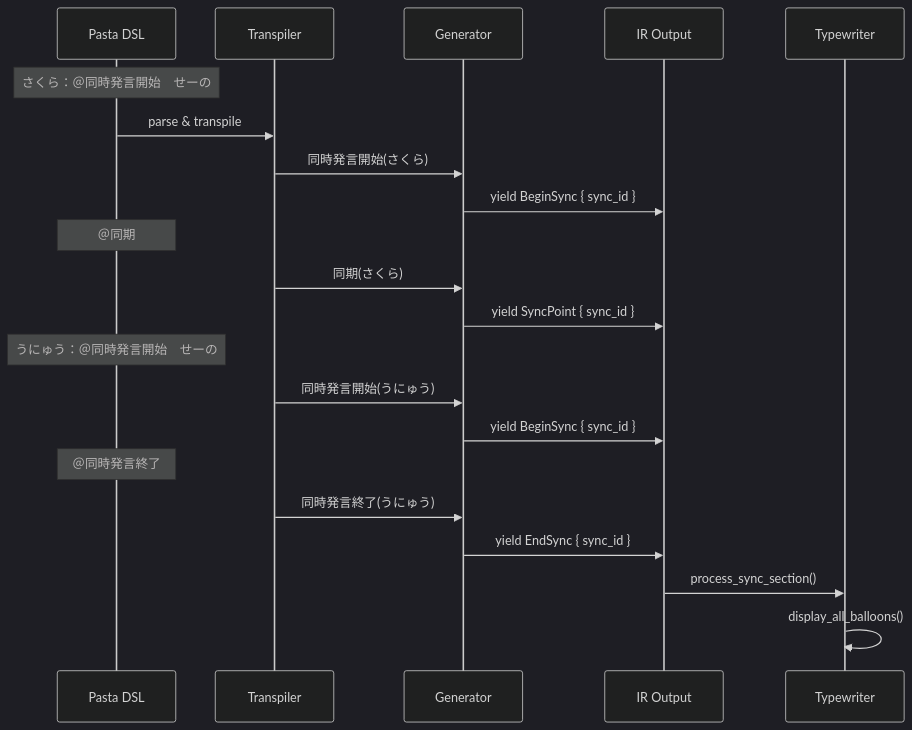
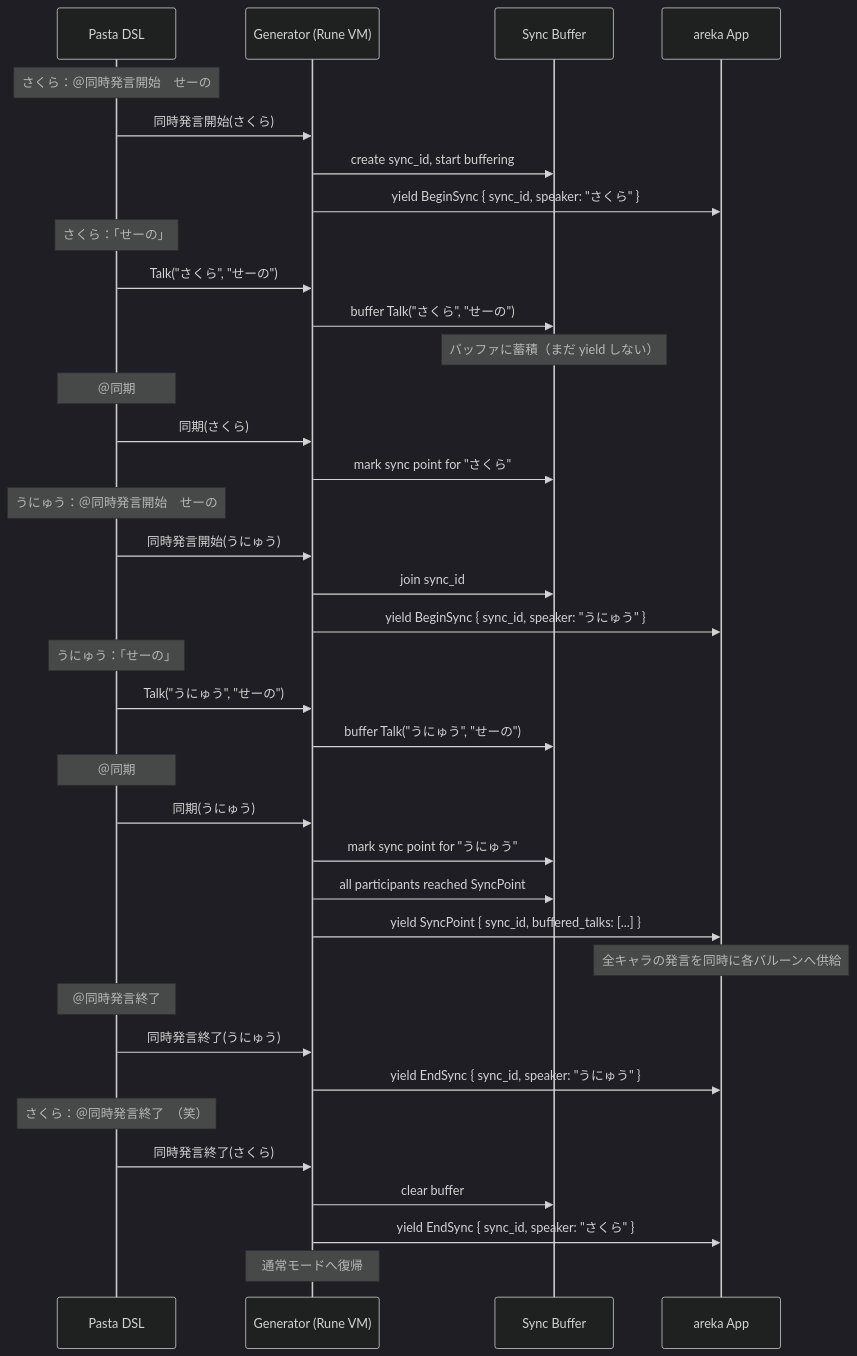
The fourth of 7 diagrams in .kiro/specs/areka-P0-script-engine/design.md (ekicyou/dcomp_sample-rs), drawn with Mermaid (dark theme) before and after one commit. The commit also changed other lines of this file, not shown here.

First line of the commit message:
fix(areka-P0-script-engine): 問題2解決 - 同期セクション実行モデルの明確化

````diff
--- a/.kiro/specs/areka-P0-script-engine/design.md
+++ b/.kiro/specs/areka-P0-script-engine/design.md
@@ -227,28 +229,47 @@
 ```mermaid
 sequenceDiagram
     participant DSL as Pasta DSL
-    participant Trans as Transpiler
-    participant Gen as Generator
-    participant IR as IR Output
-    participant TW as Typewriter
+    participant Gen as Generator (Rune VM)
+    participant Buffer as Sync Buffer
+    participant App as areka App
 
     Note over DSL: さくら：＠同時発言開始　せーの
-    DSL->>Trans: parse & transpile
-    Trans->>Gen: 同時発言開始(さくら)
-    Gen->>IR: yield BeginSync { sync_id }
+    DSL->>Gen: 同時発言開始(さくら)
+    Gen->>Buffer: create sync_id, start buffering
+    Gen->>App: yield BeginSync { sync_id, speaker: "さくら" }
+    
+    Note over DSL: さくら：「せーの」
+    DSL->>Gen: Talk("さくら", "せーの")
+    Gen->>Buffer: buffer Talk("さくら", "せーの")
+    Note over Buffer: バッファに蓄積（まだ yield しない）
     
     Note over DSL: 　＠同期
-    Trans->>Gen: 同期(さくら)
-    Gen->>IR: yield SyncPoint { sync_id }
+    DSL->>Gen: 同期(さくら)
+    Gen->>Buffer: mark sync point for "さくら"
     
     Note over DSL: うにゅう：＠同時発言開始　せーの
-    Trans->>Gen: 同時発言開始(うにゅう)
-    Gen->>IR: yield BeginSync { sync_id }
+    DSL->>Gen: 同時発言開始(うにゅう)
+    Gen->>Buffer: join sync_id
+    Gen->>App: yield BeginSync { sync_id, speaker: "うにゅう" }
+    
+    Note over DSL: うにゅう：「せーの」
+    DSL->>Gen: Talk("うにゅう", "せーの")
+    Gen->>Buffer: buffer Talk("うにゅう", "せーの")
+    
+    Note over DSL: 　＠同期
+    DSL->>Gen: 同期(うにゅう)
+    Gen->>Buffer: mark sync point for "うにゅう"
+    Gen->>Buffer: all participants reached SyncPoint
+    Gen->>App: yield SyncPoint { sync_id, buffered_talks: [...] }
+    Note over App: 全キャラの発言を同時に各バルーンへ供給
     
     Note over DSL: 　＠同時発言終了
-    Trans->>Gen: 同時発言終了(うにゅう)
-    Gen->>IR: yield EndSync { sync_id }
+    DSL->>Gen: 同時発言終了(うにゅう)
+    Gen->>App: yield EndSync { sync_id, speaker: "うにゅう" }
     
-    IR->>TW: process_sync_section()
-    TW->>TW: display_all_balloons()
+    Note over DSL: さくら：＠同時発言終了　（笑）
+    DSL->>Gen: 同時発言終了(さくら)
+    Gen->>Buffer: clear buffer
+    Gen->>App: yield EndSync { sync_id, speaker: "さくら" }
+    Note over Gen: 通常モードへ復帰
 ```
````
